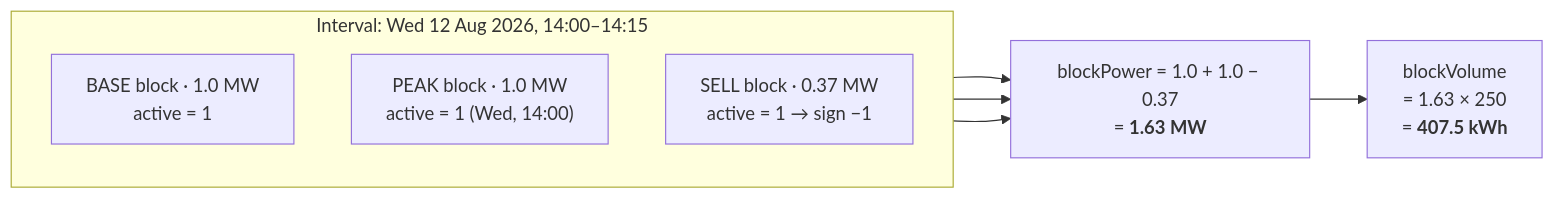
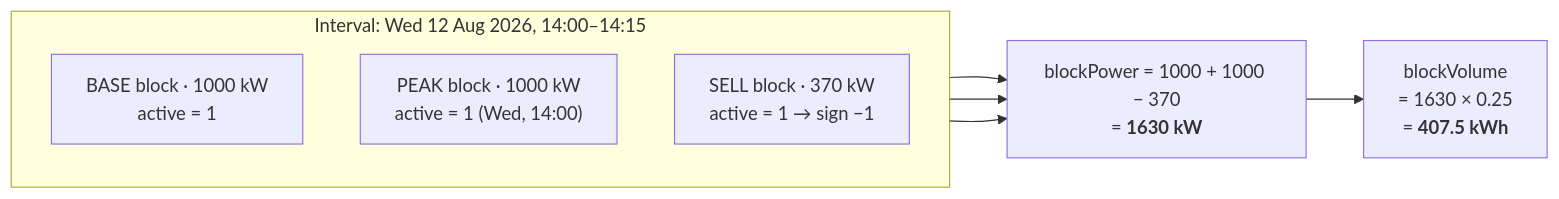
Before and after one commit to lukastosic-ifd/peakpowerspecs: the diagram in specs/50-calculations/02-position-and-coverage.md, drawn with Mermaid. The commit also changed other lines of this file, not shown here.

````diff
--- a/specs/50-calculations/02-position-and-coverage.md
+++ b/specs/50-calculations/02-position-and-coverage.md
@@ -136,13 +138,13 @@
 ```mermaid
 flowchart LR
     subgraph interval["Interval: Wed 12 Aug 2026, 14:00–14:15"]
         direction TB
-        B["BASE block · 1.0 MW<br/>active = 1"]
-        P["PEAK block · 1.0 MW<br/>active = 1 (Wed, 14:00)"]
-        S["SELL block · 0.37 MW<br/>active = 1 → sign −1"]
+        B["BASE block · 1000 kW<br/>active = 1"]
+        P["PEAK block · 1000 kW<br/>active = 1 (Wed, 14:00)"]
+        S["SELL block · 370 kW<br/>active = 1 → sign −1"]
     end
     B --> SUM
     P --> SUM
     S --> SUM
-    SUM["blockPower = 1.0 + 1.0 − 0.37<br/>= <b>1.63 MW</b>"] --> V["blockVolume<br/>= 1.63 × 250<br/>= <b>407.5 kWh</b>"]
+    SUM["blockPower = 1000 + 1000 − 370<br/>= <b>1630 kW</b>"] --> V["blockVolume<br/>= 1630 × 0.25<br/>= <b>407.5 kWh</b>"]
 ```
````
